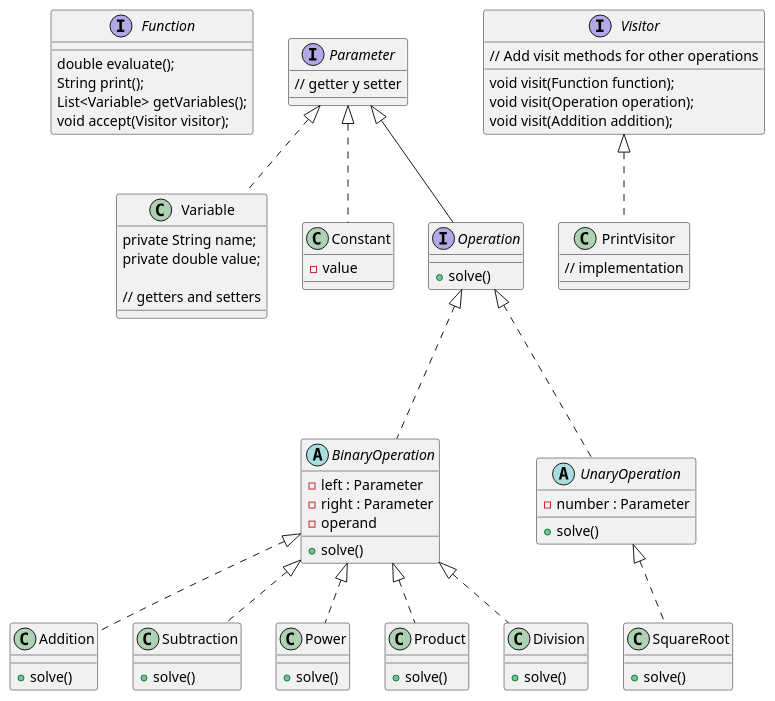
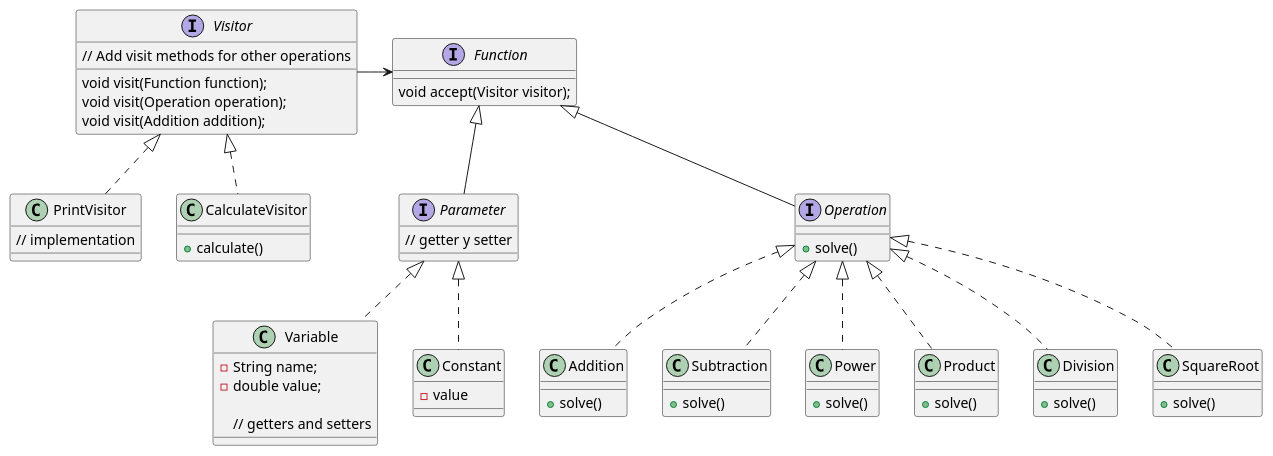
The diagram in diagrams/mathEngine.puml (austral-ingsis-classroom/formula-AAgustin9), drawn with PlantUML before and after one commit.

Commit message:
advance on diagram 2

```diff
--- a/diagrams/mathEngine.puml
+++ b/diagrams/mathEngine.puml
@@ -1,74 +1,65 @@
 @startuml MathEngine
 
 interface Function {
-    double evaluate();
-    String print();
-    List<Variable> getVariables();
+
     void accept(Visitor visitor);
 }
 
 interface Parameter {
     // getter y setter
 }
 
 class Variable implements Parameter {
-    private String name;
-    private double value;
+    - String name;
+    - double value;
 
     // getters and setters
 }
 class Constant implements Parameter {
     - value
 }
 
-interface Operation  {
+interface Operation implements Function  {
     + solve()
 }
 
-abstract class BinaryOperation {
-    - left : Parameter
-    - right : Parameter
-    - operand
+
+class Addition implements Operation {
+    + solve()
+}
+class Subtraction implements Operation {
+    + solve()
+}
+class Power implements Operation {
+    + solve()
+}
+class Product implements Operation {
+    + solve()
+}
+class Division implements Operation {
+    + solve()
+}
+class SquareRoot implements Operation {
     + solve()
 }
 
-class Addition implements BinaryOperation {
-    + solve()
-}
-class Subtraction implements BinaryOperation {
-    + solve()
-}
-class Power implements BinaryOperation {
-    + solve()
-}
-class Product implements BinaryOperation {
-    + solve()
-}
-class Division implements BinaryOperation {
-    + solve()
-}
 
 interface Visitor {
     void visit(Function function);
     void visit(Operation operation);
     void visit(Addition addition);
     // Add visit methods for other operations
 }
 
 class PrintVisitor implements Visitor {
     // implementation
 }
-
-abstract class UnaryOperation {
-    - number : Parameter
-    + solve()
-}
-class SquareRoot implements UnaryOperation {
-    + solve()
+class CalculateVisitor implements Visitor {
+    + calculate()
 }
 
-Parameter <|-- Operation
-Operation <|... UnaryOperation
-Operation <|... BinaryOperation
+Visitor -> Function
+
+Function <|-- Parameter
 
 @enduml
```
